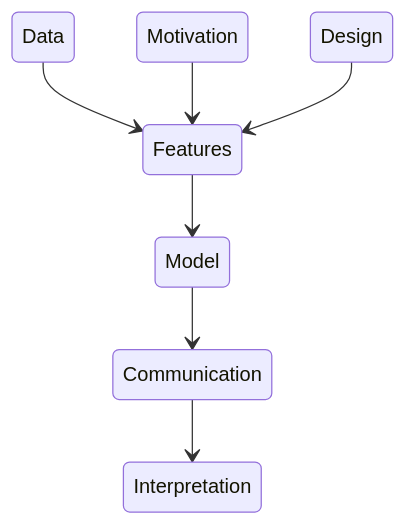
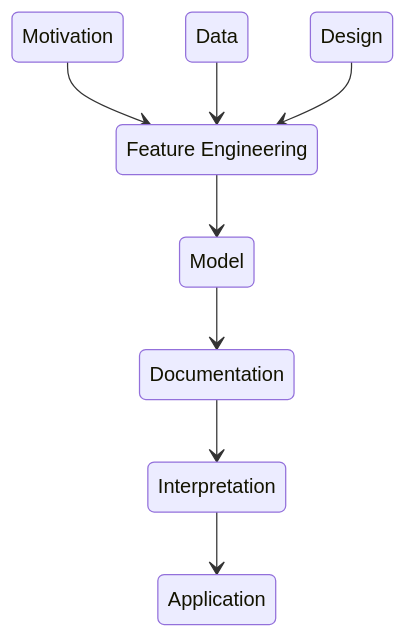
The diagram in Week_4_Data_in_Machine_Learning/2.bias.md (sampenno/Prepare_to_Teach_Software_Automation_Resources), drawn with Mermaid before and after one commit. The commit also changed other lines of this file, not shown here.

Commit message:
improve bias

````diff
--- a/Week_4_Data_in_Machine_Learning/2.bias.md
+++ b/Week_4_Data_in_Machine_Learning/2.bias.md
@@ -5,9 +9,11 @@
 ```mermaid
     stateDiagram-v2
-        Data --> Features
-        Motivation --> Features
-        Design --> Features
-        Features --> Model
-        Model --> Communication
-        Communication --> Interpretation
+        Motivation --> Feature#32;Engineering
+        Data --> Feature#32;Engineering
+        Design --> Feature#32;Engineering
+        Feature#32;Engineering --> Model
+        Model --> Documentation
+        Documentation --> Interpretation
+        Interpretation --> Application
+
 ```
````
